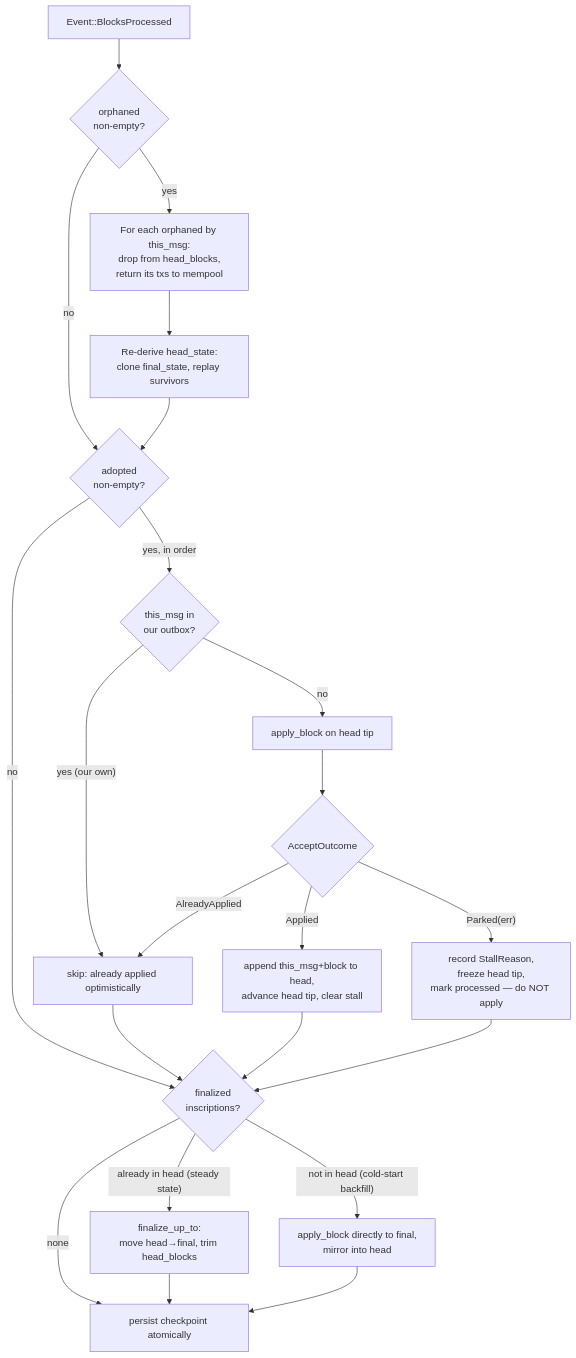
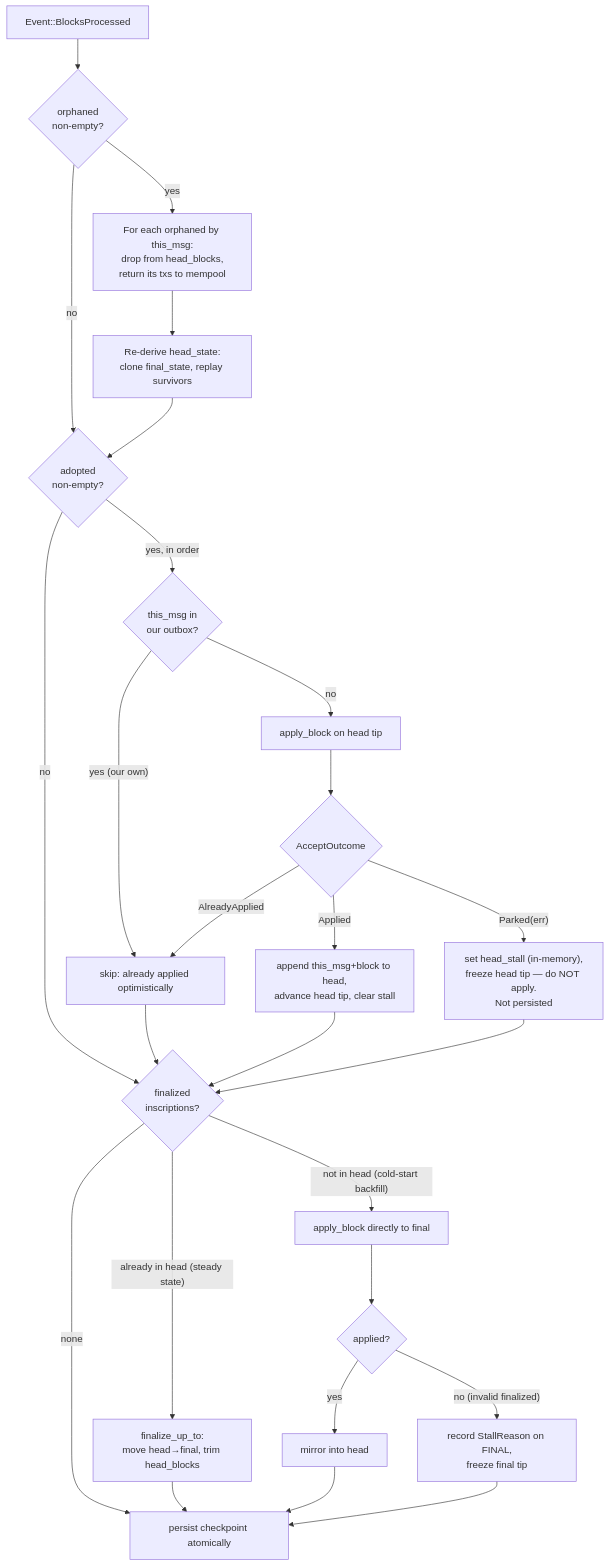
The first of 2 diagrams in lez/chain_state/DESIGN.md (logos-blockchain/logos-execution-zone), drawn with Mermaid before and after one commit. The commit also changed other lines of this file, not shown here.

````diff
--- a/lez/chain_state/DESIGN.md
+++ b/lez/chain_state/DESIGN.md
@@ -149,26 +192,30 @@
 ```mermaid
 flowchart TD
     EV["Event::BlocksProcessed"] --> ORPH{"orphaned<br/>non-empty?"}
     ORPH -->|yes| REV["For each orphaned by this_msg:<br/>drop from head_blocks,<br/>return its txs to mempool"]
     REV --> RED["Re-derive head_state:<br/>clone final_state, replay survivors"]
     ORPH -->|no| ADO
     RED --> ADO{"adopted<br/>non-empty?"}
     ADO -->|"yes, in order"| DEDUP{"this_msg in<br/>our outbox?"}
     ADO -->|no| FIN
     DEDUP -->|"yes (our own)"| SKIP["skip: already applied optimistically"]
     DEDUP -->|no| VAL["apply_block on head tip"]
     VAL --> OUT{"AcceptOutcome"}
     OUT -->|Applied| APP["append this_msg+block to head,<br/>advance head tip, clear stall"]
     OUT -->|AlreadyApplied| SKIP
-    OUT -->|"Parked(err)"| PARK["record StallReason,<br/>freeze head tip,<br/>mark processed — do NOT apply"]
+    OUT -->|"Parked(err)"| PARK["set head_stall (in-memory),<br/>freeze head tip — do NOT apply.<br/>Not persisted"]
     SKIP --> FIN
     APP --> FIN
     PARK --> FIN
     FIN{"finalized<br/>inscriptions?"}
     FIN -->|"already in head (steady state)"| MOVE["finalize_up_to:<br/>move head→final, trim head_blocks"]
-    FIN -->|"not in head (cold-start backfill)"| DIRECT["apply_block directly to final,<br/>mirror into head"]
+    FIN -->|"not in head (cold-start backfill)"| DIRECT["apply_block directly to final"]
+    DIRECT --> DOK{"applied?"}
+    DOK -->|yes| MIRROR["mirror into head"]
+    DOK -->|"no (invalid finalized)"| FSTALL["record StallReason on FINAL,<br/>freeze final tip"]
     FIN -->|none| CP
     MOVE --> CP
-    DIRECT --> CP
+    MIRROR --> CP
+    FSTALL --> CP
     CP["persist checkpoint atomically"]
 ```
````
